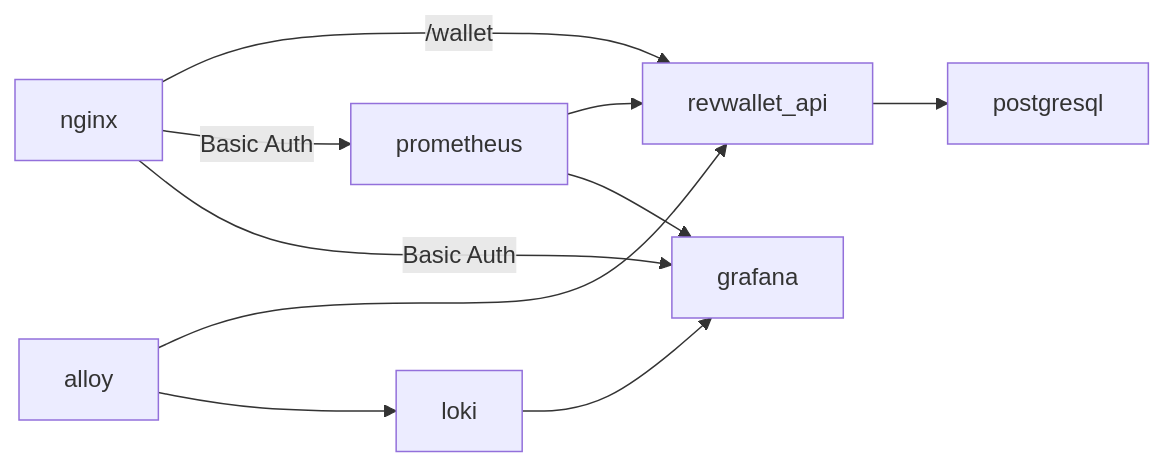
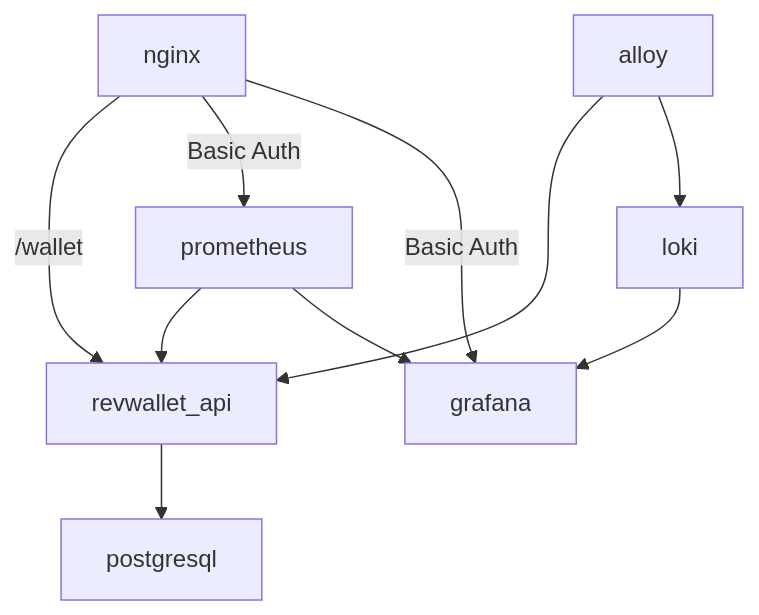
One commit to arthurjguerra/revwallet changed the diagram in README.md. Above: the diagram before and after it, drawn with Mermaid.

Commit message:
feat: add arch diagram

````diff
--- a/README.md
+++ b/README.md
@@ -6,12 +6,12 @@
 ```mermaid
-flowchart LR
+flowchart TB
   nginx -- /wallet --> revwallet_api
   nginx -- Basic Auth --> prometheus
   nginx -- Basic Auth --> grafana
   revwallet_api --> postgresql
   prometheus --> revwallet_api
   prometheus --> grafana
   alloy --> revwallet_api
   alloy --> loki
   loki --> grafana
 ```
````
